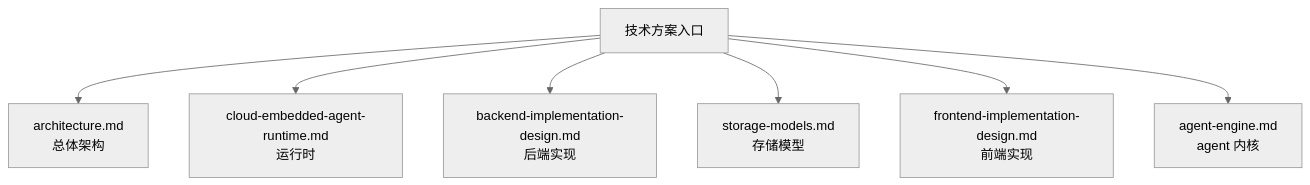
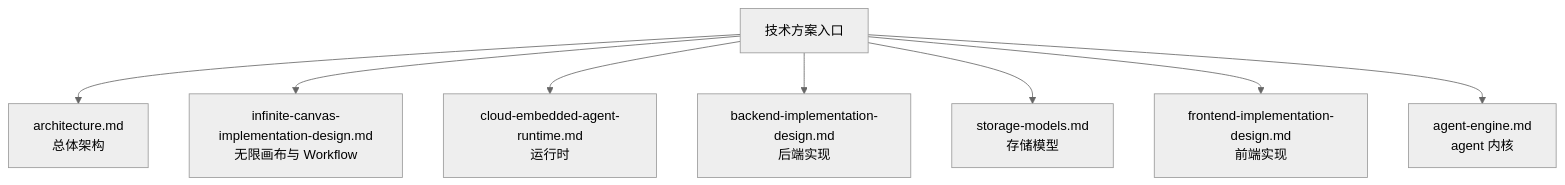
Before and after one commit to fengwk/kk-studio: the diagram in docs/technical-solution/README.md, drawn with Mermaid (neutral theme). The commit also changed other lines of this file and 4 other files, not shown here.

Commit message:
docs: define infinite canvas architecture

````diff
--- a/docs/technical-solution/README.md
+++ b/docs/technical-solution/README.md
@@ -7,10 +7,11 @@
 ```mermaid
 flowchart TD
     A[技术方案入口]
     A --> B[architecture.md<br/>总体架构]
+    A --> H[infinite-canvas-implementation-design.md<br/>无限画布与 Workflow]
     A --> C[cloud-embedded-agent-runtime.md<br/>运行时]
     A --> D[backend-implementation-design.md<br/>后端实现]
     A --> E[storage-models.md<br/>存储模型]
     A --> F[frontend-implementation-design.md<br/>前端实现]
     A --> G[agent-engine.md<br/>agent 内核]
 ```
````
